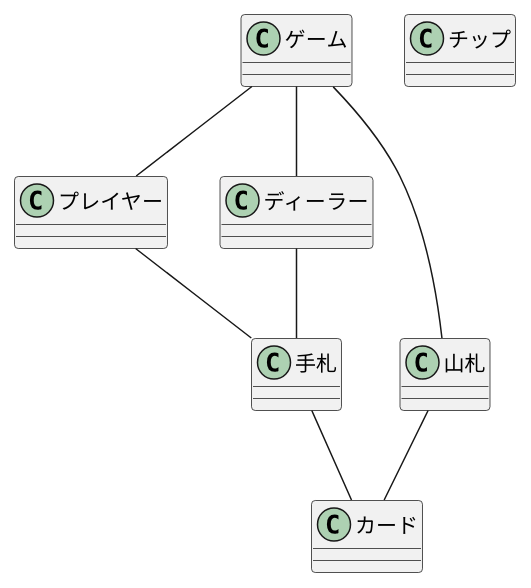
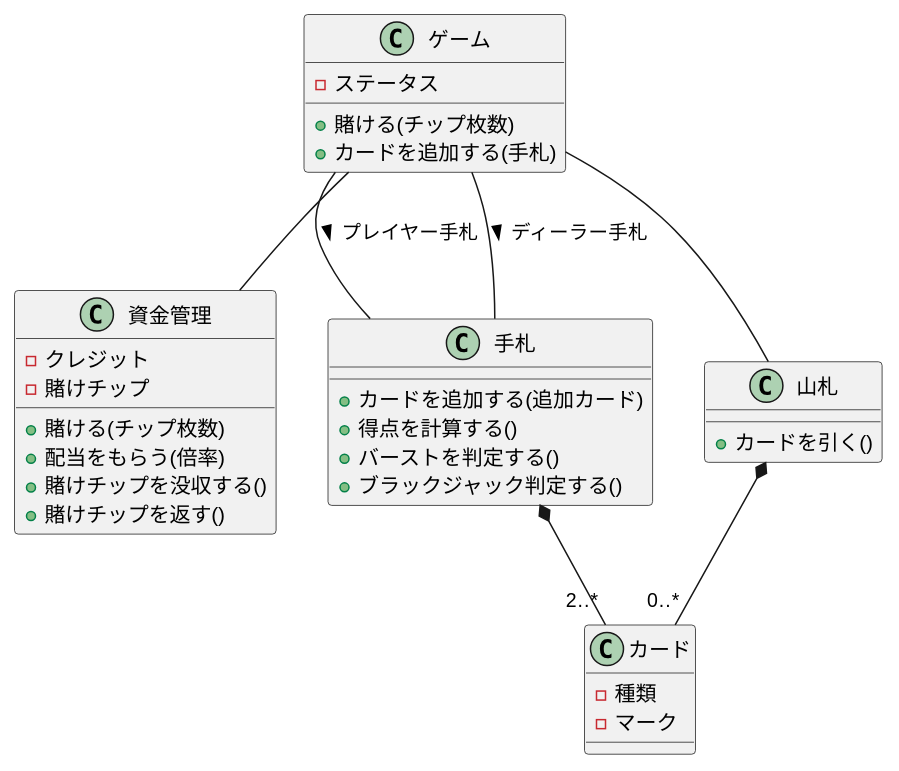
One commit to omo-nori/blackjack changed the diagram in doc/class-diagram.puml. Above: the diagram before and after it, drawn with PlantUML. The commit also changed 1 other file, not shown here.

Commit message:
シーケンス図作成、クラス図整備

```diff
--- a/doc/class-diagram.puml
+++ b/doc/class-diagram.puml
@@ -1,19 +1,37 @@
 @startuml blackjack
 
-class ゲーム
-class プレイヤー
-class ディーラー
-class チップ
-class 手札
-class 山札
-class カード
+class ゲーム {
+    - ステータス
+    + 賭ける(チップ枚数)
+    + カードを追加する(手札)
+}
+class 資金管理 {
+    - クレジット
+    - 賭けチップ
+    + 賭ける(チップ枚数)
+    + 配当をもらう(倍率)
+    + 賭けチップを没収する()
+    + 賭けチップを返す()
+}
+class 手札 {
+    + カードを追加する(追加カード)
+    + 得点を計算する()
+    + バーストを判定する()
+    + ブラックジャック判定する()
+}
+class 山札 {
+    + カードを引く()
+}
+class カード {
+    - 種類
+    - マーク
+}
 
-ゲーム -- プレイヤー
-ゲーム -- ディーラー
-プレイヤー -- 手札
-ディーラー -- 手札
-手札 -- カード
-山札 -- カード
-ゲーム -- 山札 
+ゲーム -- 資金管理
+ゲーム -- 手札: プレイヤー手札 >
+ゲーム -- 手札: ディーラー手札 >
+手札 *-- "2..*" カード 
+山札 *-- "0..*" カード
+ゲーム -- 山札
 
 @enduml
```
